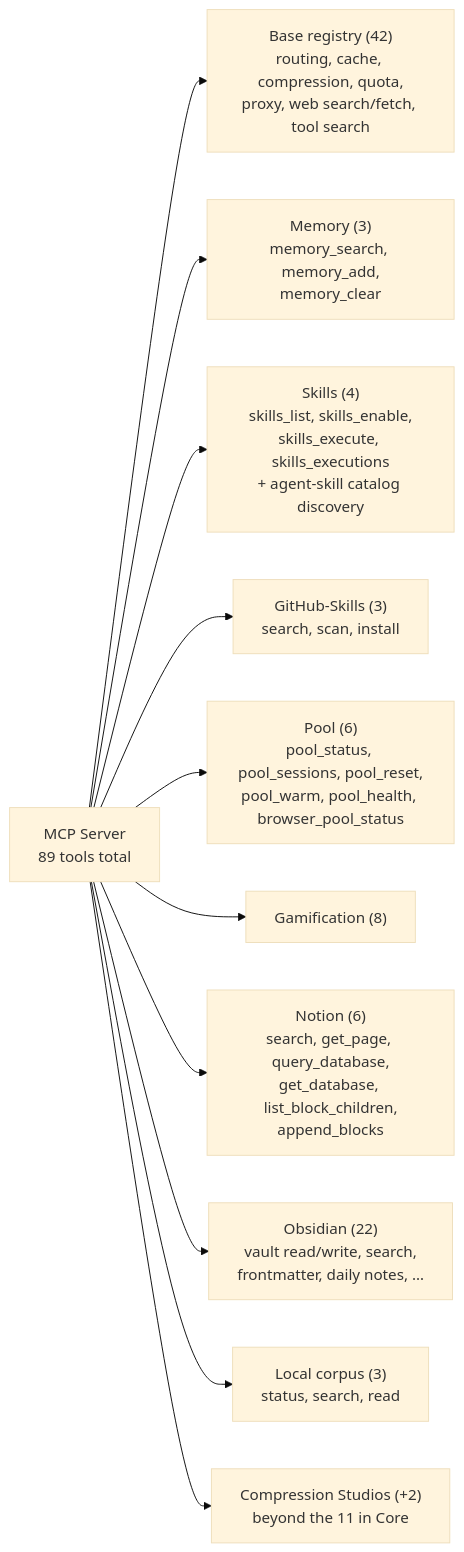
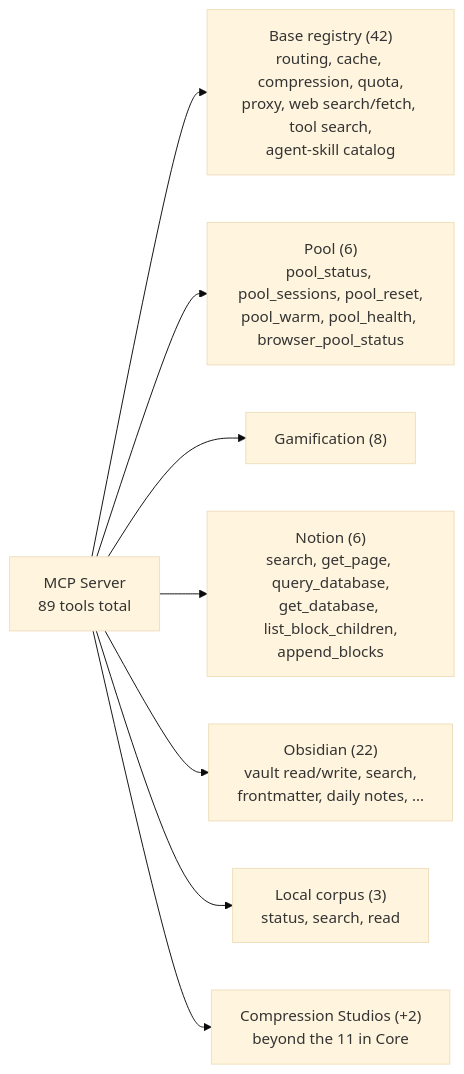
One commit to BadryansahBangsawan/67router changed the diagram in docs/diagrams/mcp-tools.mmd. Above: the diagram before and after it, drawn with Mermaid (base theme). The commit also changed 2 other files, not shown here.

Commit message:
docs(diagrams): drop the removed Memory, Skills and GitHub-Skills groups from the MCP tools diagram
mcp-tools.mmd still drew the Memory (3), Skills (4) and GitHub-Skills (3)
MCP tool groups that PR-6 removed, and its header still added them to a
99-tool sum. The header now adds up to the real 89 (42 + 6 + 8 + 6 + 22 + 3
+ 2), the agent-skill catalog tools are noted under the base registry they
overlap, and exported/mcp-tools.svg is re-rendered with mermaid-cli 11.4.2.

```diff
--- a/docs/diagrams/mcp-tools.mmd
+++ b/docs/diagrams/mcp-tools.mmd
@@ -1,20 +1,17 @@
 %% MCP Server tool inventory by category
 %% Reflects: open-sse/mcp-server/ — TOTAL_MCP_TOOL_COUNT in server.ts (countUniqueMcpTools)
-%% Unique contributions: MCP_TOOLS 42 + memory 3 + skill 4 + githubSkill 3 + pool 6
-%%   + gamification 8 + notion 6 + obsidian 22 + localCorpus 3 + compression 2 = 99
+%% Unique contributions: MCP_TOOLS 42 + pool 6 + gamification 8 + notion 6
+%%   + obsidian 22 + localCorpus 3 + compression 2 = 89
 %%   (agentSkillTools fully overlaps the base registry; 11 of the 13 compression
 %%    tools live in the base registry — duplicates counted once)
 %% Regenerate the SVG with: npm run docs:render-diagrams
-%% v3.8.51
+%% v3.8.53
 flowchart LR
   MCP["MCP Server<br/>89 tools total"]
-  MCP --> Core["Base registry (42)<br/>routing, cache, compression, quota,<br/>proxy, web search/fetch, tool search"]
-  MCP --> Mem["Memory (3)<br/>memory_search, memory_add,<br/>memory_clear"]
-  MCP --> Skl["Skills (4)<br/>skills_list, skills_enable,<br/>skills_execute, skills_executions<br/>+ agent-skill catalog discovery"]
-  MCP --> GSkl["GitHub-Skills (3)<br/>search, scan, install"]
+  MCP --> Core["Base registry (42)<br/>routing, cache, compression, quota,<br/>proxy, web search/fetch, tool search,<br/>agent-skill catalog"]
   MCP --> Pool["Pool (6)<br/>pool_status, pool_sessions, pool_reset,<br/>pool_warm, pool_health, browser_pool_status"]
   MCP --> Gam["Gamification (8)"]
   MCP --> Notion["Notion (6)<br/>search, get_page, query_database,<br/>get_database, list_block_children,<br/>append_blocks"]
   MCP --> Obs["Obsidian (22)<br/>vault read/write, search,<br/>frontmatter, daily notes, …"]
   MCP --> Corpus["Local corpus (3)<br/>status, search, read"]
   MCP --> Cmp["Compression Studios (+2)<br/>beyond the 11 in Core"]
```
